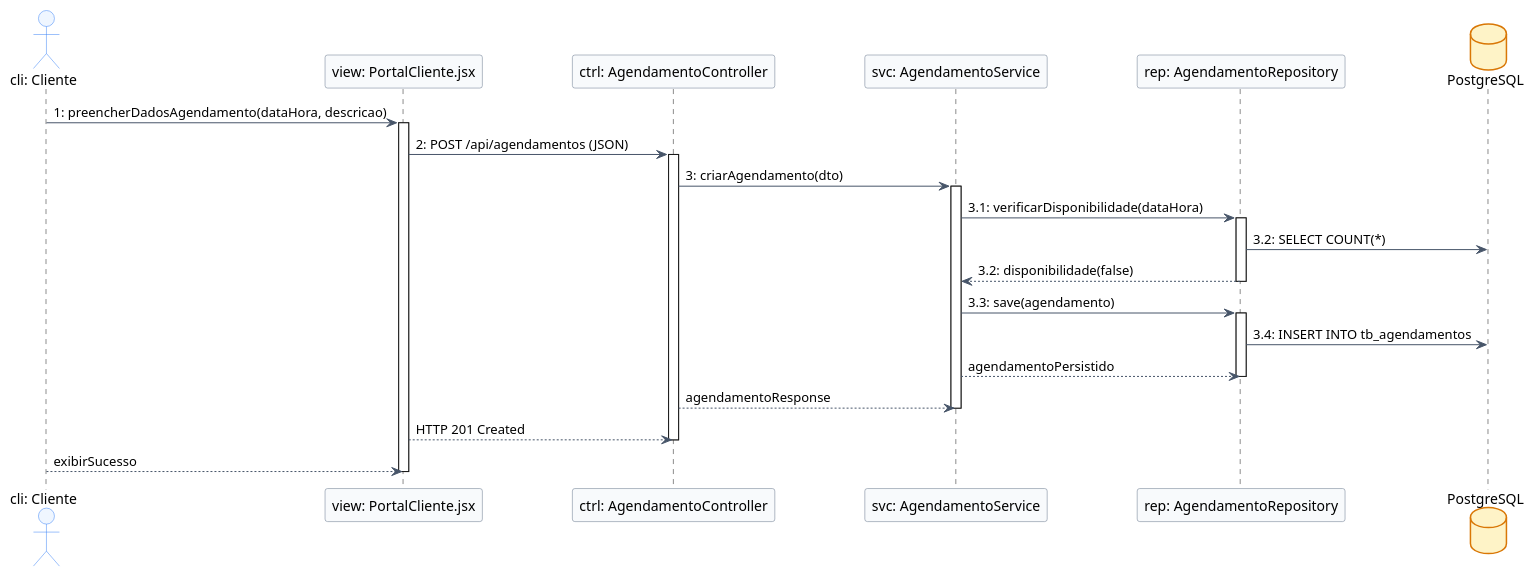
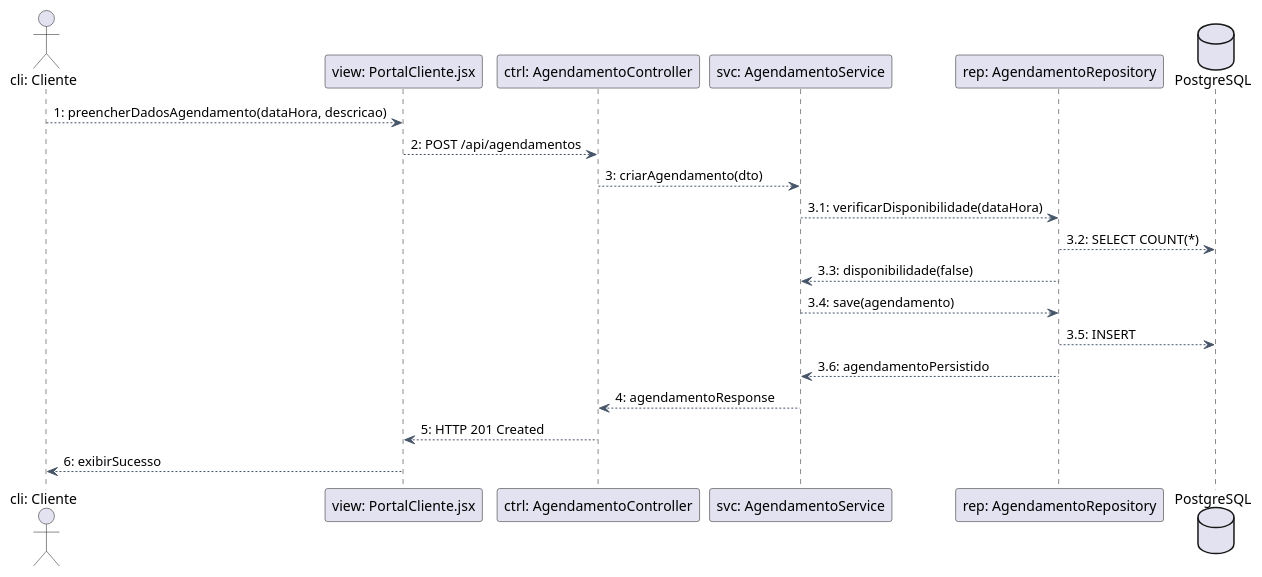
Before and after one commit to Mateus7799/Autofix: the diagram in Diagramas/PlantUML/Comunicação-01.puml, drawn with PlantUML. The commit also changed 13 other files, not shown here.

Commit message:
docs: corrigindo  diagramas

```diff
--- a/Diagramas/PlantUML/Comunicação-01.puml
+++ b/Diagramas/PlantUML/Comunicação-01.puml
@@ -1,60 +1,28 @@
-@startuml "Comunicação Vertical - Solicitar Agendamento"
-
+@startuml "Comunicação - Solicitar Agendamento"
 
 skinparam shadowing false
 skinparam defaultFontName "Helvetica"
 skinparam monochrome false
-
-skinparam ParticipantPadding 40
-
-skinparam actor {
-    BackgroundColor #EFF6FF
-    BorderColor #3B82F6
-}
-skinparam participant {
-    BackgroundColor #F8FAFC
-    BorderColor #64748B
-}
-skinparam database {
-    BackgroundColor #FEF3C7
-    BorderColor #D97706
-}
 skinparam ArrowColor #475569
 
-actor "cli: Cliente" as cli
-participant "view: PortalCliente.jsx" as view
+actor  "cli: Cliente"                   as cli
+participant "view: PortalCliente.jsx"   as view
 participant "ctrl: AgendamentoController" as ctrl
-participant "svc: AgendamentoService" as svc
+participant "svc: AgendamentoService"  as svc
 participant "rep: AgendamentoRepository" as rep
 database "PostgreSQL" as db
 
-cli -> view : 1: preencherDadosAgendamento(dataHora, descricao)
-activate view
+cli  --> view : 1: preencherDadosAgendamento(dataHora, descricao)
+view --> ctrl : 2: POST /api/agendamentos
+ctrl --> svc  : 3: criarAgendamento(dto)
+svc  --> rep  : 3.1: verificarDisponibilidade(dataHora)
+rep  --> db   : 3.2: SELECT COUNT(*)
+rep  --> svc  : 3.3: disponibilidade(false)
+svc  --> rep  : 3.4: save(agendamento)
+rep  --> db   : 3.5: INSERT
+rep  --> svc  : 3.6: agendamentoPersistido
+svc  --> ctrl : 4: agendamentoResponse
+ctrl --> view : 5: HTTP 201 Created
+view --> cli  : 6: exibirSucesso
 
-view -> ctrl : 2: POST /api/agendamentos (JSON)
-activate ctrl
-
-ctrl -> svc : 3: criarAgendamento(dto)
-activate svc
-
-svc -> rep : 3.1: verificarDisponibilidade(dataHora)
-activate rep
-rep -> db : 3.2: SELECT COUNT(*)
-rep --> svc : 3.2: disponibilidade(false)
-deactivate rep
-
-svc -> rep : 3.3: save(agendamento)
-activate rep
-rep -> db : 3.4: INSERT INTO tb_agendamentos
-rep <-- svc : agendamentoPersistido
-deactivate rep
-
-svc <-- ctrl : agendamentoResponse
-deactivate svc
-
-ctrl <-- view : HTTP 201 Created
-deactivate ctrl
-
-view <-- cli : exibirSucesso
-deactivate view
 @enduml
```
